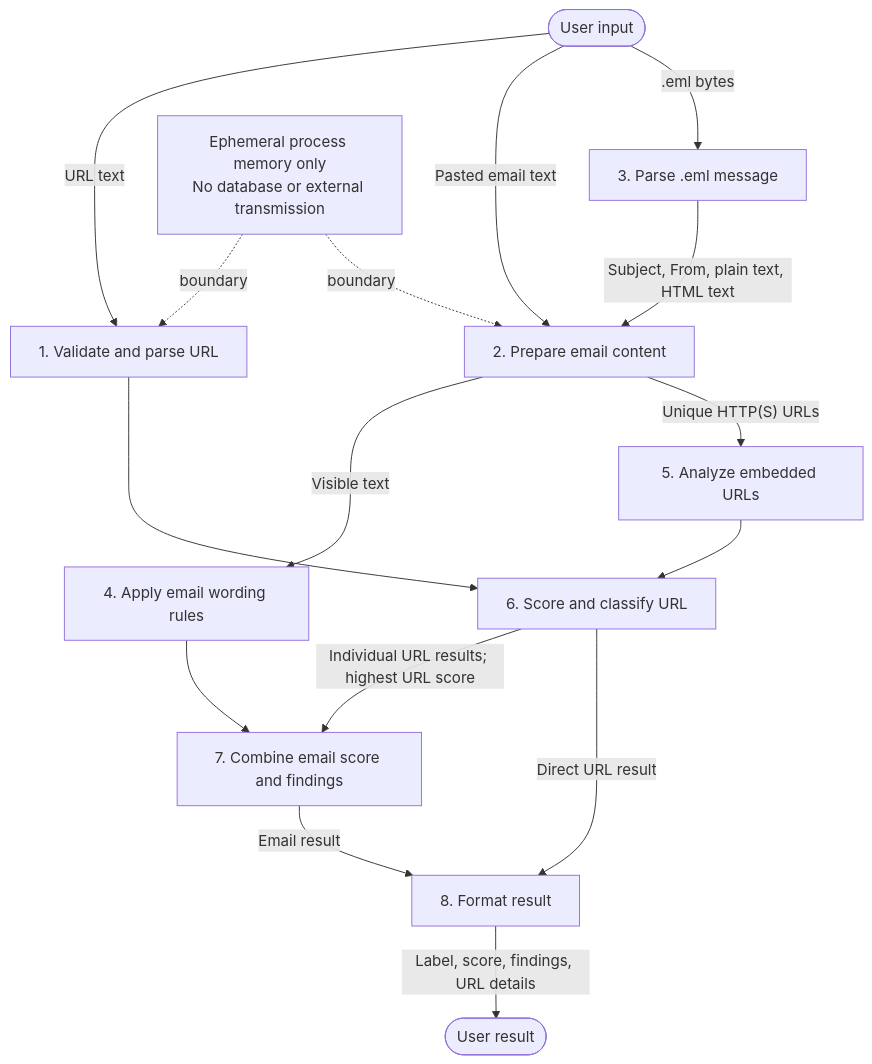
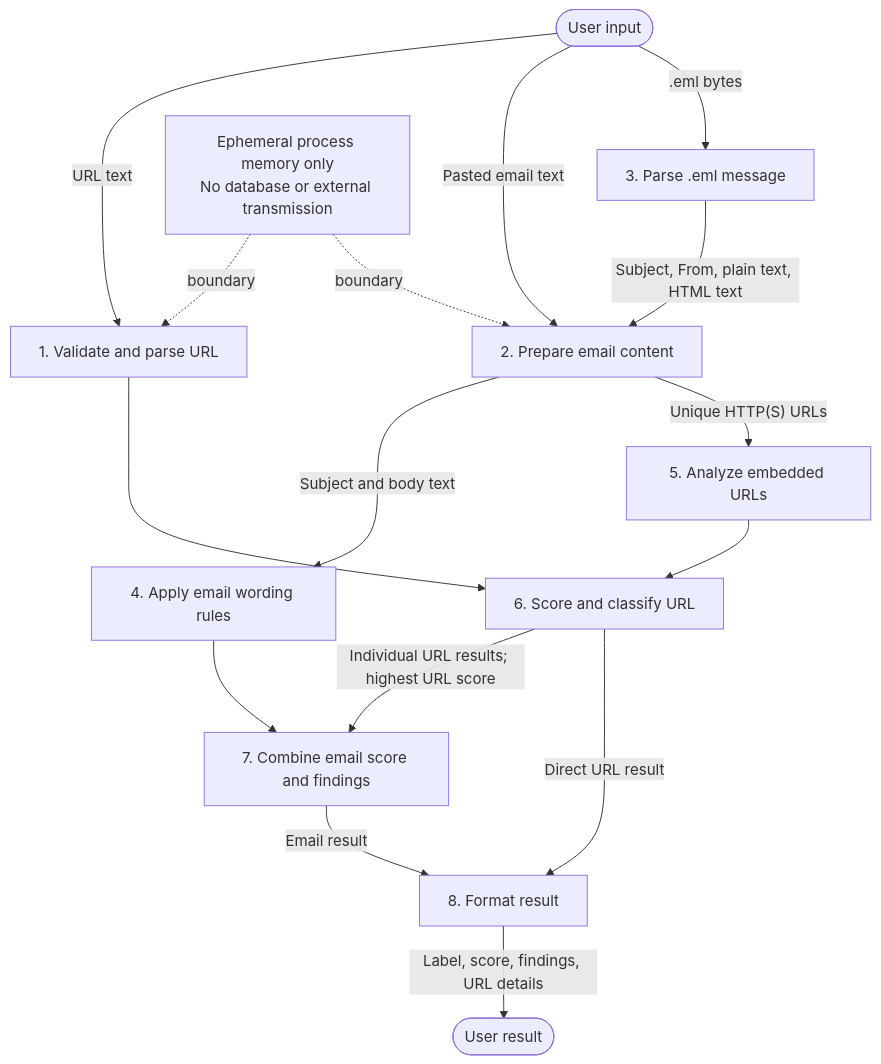
Before and after one commit to Tyreezebreezy/capstone-phishing-detector: the sixth of 10 diagrams in docs/SYSTEM_ARCHITECTURE.md, drawn with Mermaid. The commit also changed other lines of this file and 29 other files, not shown here.

Commit message:
Polish project documentation and correct implementation diagrams

````diff
--- a/docs/SYSTEM_ARCHITECTURE.md
+++ b/docs/SYSTEM_ARCHITECTURE.md
@@ -128,19 +133,20 @@
 ```mermaid
 flowchart TD
     UserIn([User input]) -->|URL text| P1[1. Validate and parse URL]
     UserIn -->|Pasted email text| P2[2. Prepare email content]
     UserIn -->|.eml bytes| P3[3. Parse .eml message]
     P3 -->|Subject, From, plain text, HTML text| P2
-    P2 -->|Visible text| P4[4. Apply email wording rules]
+    P2 -->|Subject and body text| P4[4. Apply email wording rules]
     P2 -->|"Unique HTTP(S) URLs"| P5[5. Analyze embedded URLs]
     P1 --> P6[6. Score and classify URL]
     P5 --> P6
     P4 --> P7[7. Combine email score and findings]
     P6 -->|Individual URL results; highest URL score| P7
     P6 -->|Direct URL result| Output[8. Format result]
     P7 -->|Email result| Output
     Output -->|Label, score, findings, URL details| UserOut([User result])
+
     Memory["Ephemeral process memory only<br/>No database or external transmission"]
     Memory -. boundary .-> P1
     Memory -. boundary .-> P2
 ```
````
